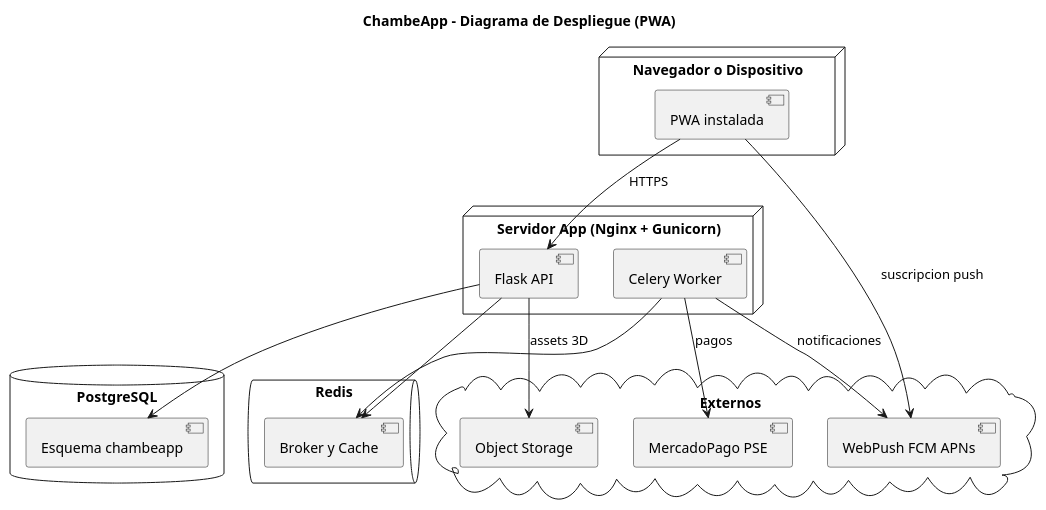
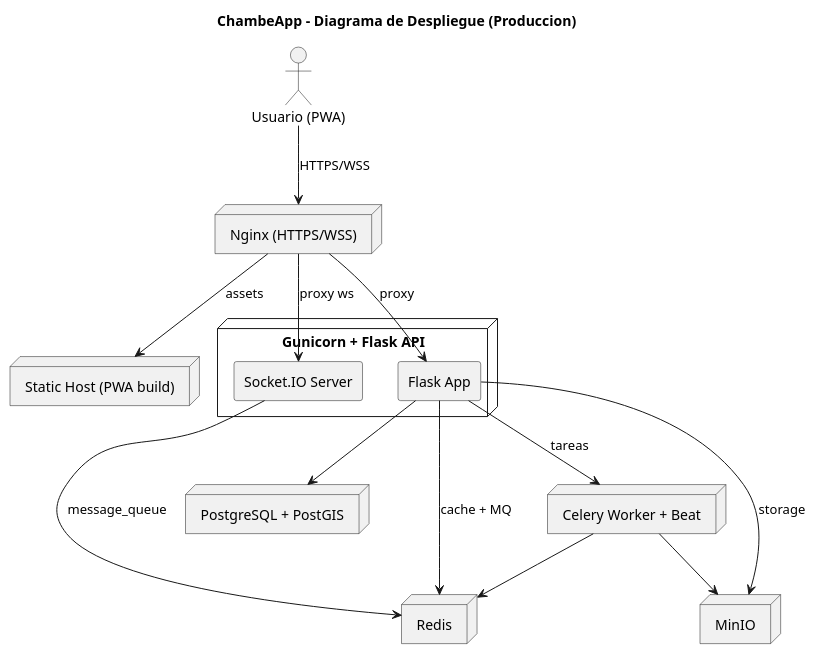
One commit to jpalacioing98/Chambeapp_Doc changed the diagram in Arquitectura/diagramas/02_despliegue.puml. Above: the diagram before and after it, drawn with PlantUML. The commit also changed 39 other files, not shown here.

```diff
--- a/Arquitectura/diagramas/02_despliegue.puml
+++ b/Arquitectura/diagramas/02_despliegue.puml
@@ -1,35 +1,29 @@
 @startuml
-title ChambeApp - Diagrama de Despliegue (PWA)
+title ChambeApp - Diagrama de Despliegue (Produccion)
+skinparam componentStyle rectangle
 
-node "Navegador o Dispositivo" as CLI {
-  [PWA instalada] as PWA
+actor "Usuario (PWA)" as U
+
+node "Nginx (HTTPS/WSS)" as NGX
+node "Gunicorn + Flask API" as API {
+  [Flask App] as FL
+  [Socket.IO Server] as SIO
 }
+node "Celery Worker + Beat" as CEL
+node "Redis" as RD
+node "PostgreSQL + PostGIS" as DB
+node "MinIO" as MIN
+node "Static Host (PWA build)" as STAT
 
-node "Servidor App (Nginx + Gunicorn)" as SRV {
-  [Flask API] as FL
-  [Celery Worker] as CW
-}
-
-database "PostgreSQL" as DB {
-  [Esquema chambeapp] as SCH
-}
-
-queue "Redis" as RD {
-  [Broker y Cache] as RC
-}
-
-cloud "Externos" {
-  [MercadoPago PSE] as MP
-  [WebPush FCM APNs] as WPP
-  [Object Storage] as OBJ
-}
-
-PWA --> FL : HTTPS
-PWA --> WPP : suscripcion push
-FL --> SCH
-FL --> RC
-CW --> RC
-CW --> MP : pagos
-CW --> WPP : notificaciones
-FL --> OBJ : assets 3D
+U --> NGX : HTTPS/WSS
+NGX --> STAT : assets
+NGX --> FL : proxy
+NGX --> SIO : proxy ws
+FL --> DB
+FL --> RD : cache + MQ
+SIO --> RD : message_queue
+FL --> CEL : tareas
+CEL --> RD
+CEL --> MIN
+FL --> MIN : storage
 @enduml
```
